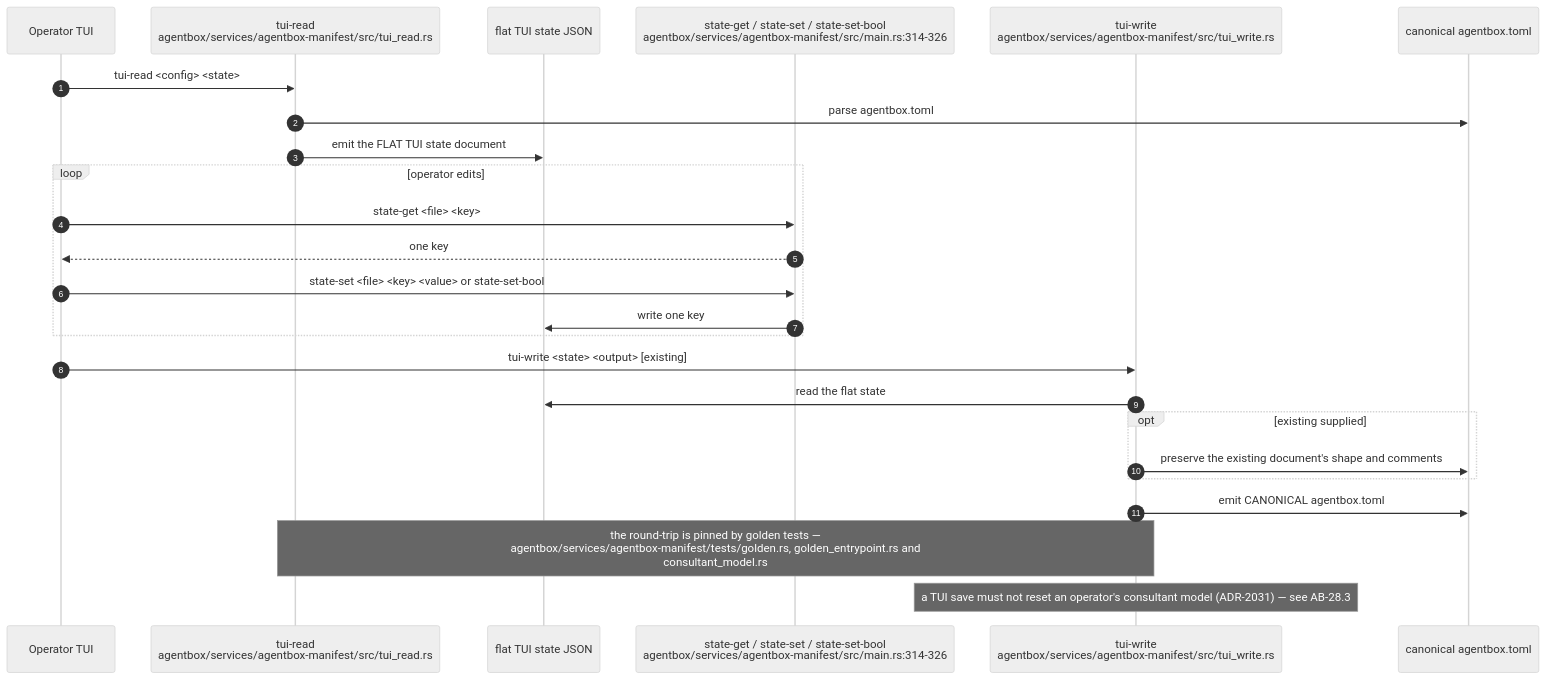
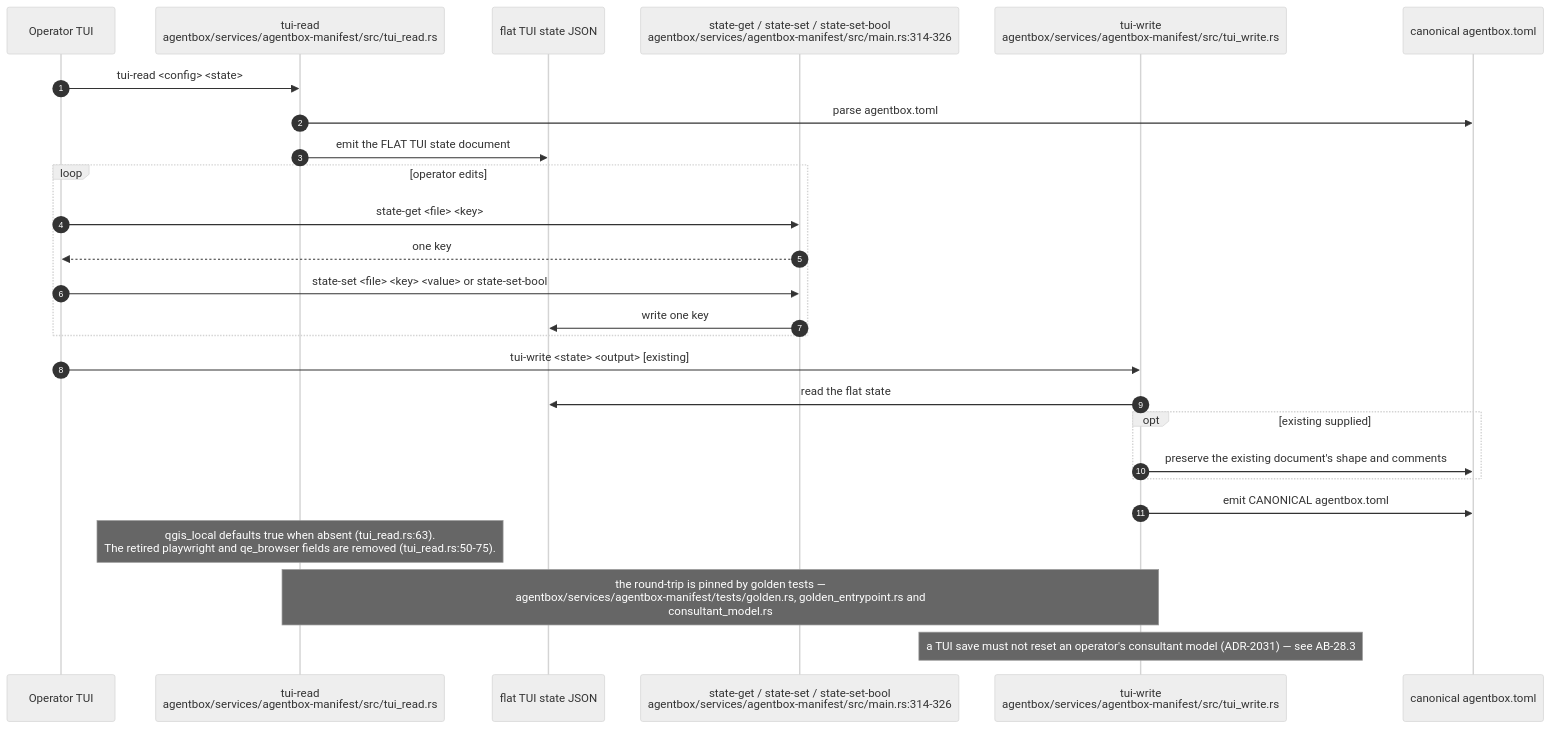
Before and after one commit to DreamLab-AI/VisionFlow: the fourth of 10 diagrams in docs/diagrams/agentbox/28-agentbox-services-and-manifest-binary.md, drawn with Mermaid (neutral theme). The commit also changed other lines of this file and 5 other files, not shown here.

````diff
--- a/docs/diagrams/agentbox/28-agentbox-services-and-manifest-binary.md
+++ b/docs/diagrams/agentbox/28-agentbox-services-and-manifest-binary.md
@@ -220,28 +221,29 @@
 ```mermaid
 sequenceDiagram
     autonumber
     participant OP as Operator TUI
     participant RD as tui-read<br/>agentbox/services/agentbox-manifest/src/tui_read.rs
     participant STATE as flat TUI state JSON
     participant GET as state-get / state-set / state-set-bool<br/>agentbox/services/agentbox-manifest/src/main.rs:314-326
     participant WR as tui-write<br/>agentbox/services/agentbox-manifest/src/tui_write.rs
     participant TOML as canonical agentbox.toml
 
     OP->>RD: tui-read <config> <state>
     RD->>TOML: parse agentbox.toml
     RD->>STATE: emit the FLAT TUI state document
     loop operator edits
         OP->>GET: state-get <file> <key>
         GET-->>OP: one key
         OP->>GET: state-set <file> <key> <value> or state-set-bool
         GET->>STATE: write one key
     end
     OP->>WR: tui-write <state> <output> [existing]
     WR->>STATE: read the flat state
     opt existing supplied
         WR->>TOML: preserve the existing document's shape and comments
     end
     WR->>TOML: emit CANONICAL agentbox.toml
+    Note over RD: qgis_local defaults true when absent (tui_read.rs:63).<br/>The retired playwright and qe_browser fields are removed (tui_read.rs:50-75).
     Note over RD,WR: the round-trip is pinned by golden tests —<br/>agentbox/services/agentbox-manifest/tests/golden.rs, golden_entrypoint.rs and<br/>consultant_model.rs
     Note over WR: a TUI save must not reset an operator's consultant model (ADR-2031) — see AB-28.3
 ```
````
